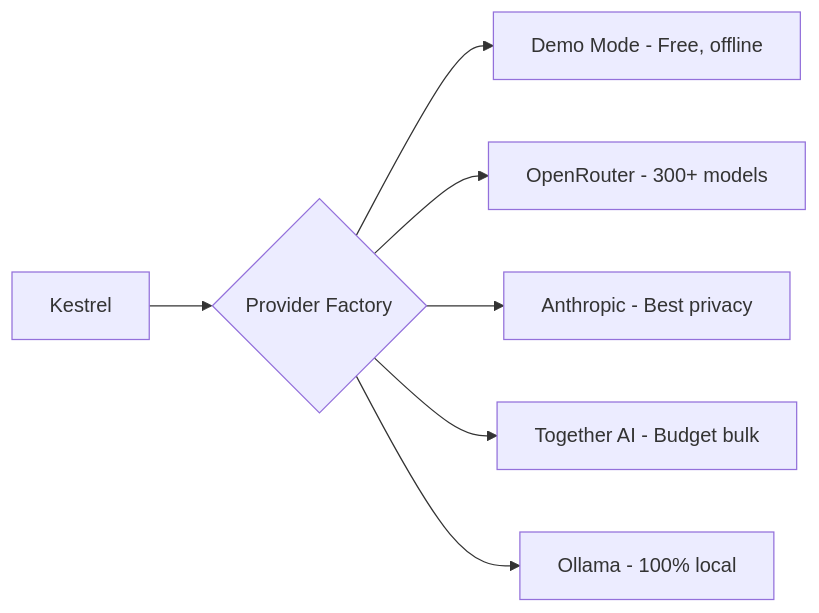
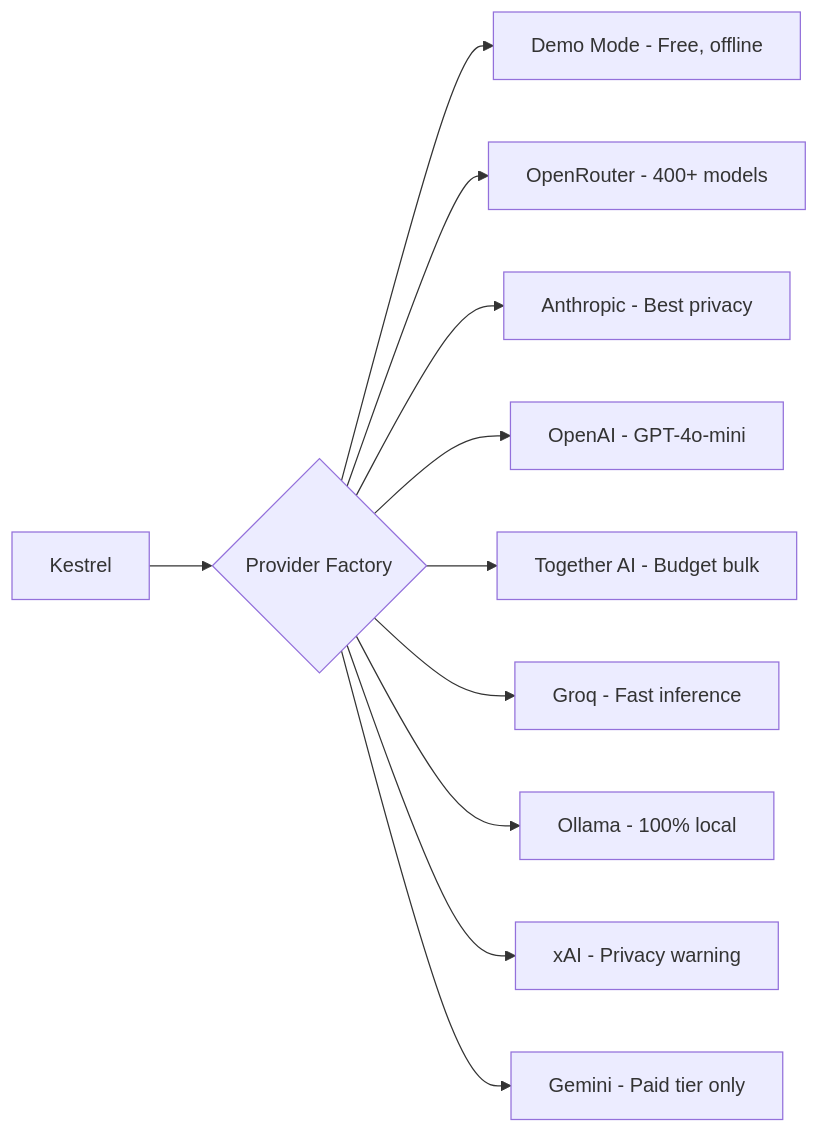
The diagram in docs/guides/ai-providers-guide.md (pleasedodisturb/kestrel), drawn with Mermaid before and after one commit. The commit also changed other lines of this file and 1 other file, not shown here.

````diff
--- a/docs/guides/ai-providers-guide.md
+++ b/docs/guides/ai-providers-guide.md
@@ -29,9 +33,13 @@
 ```mermaid
 flowchart LR
     K[Kestrel] --> F{Provider Factory}
     F --> D[Demo Mode - Free, offline]
-    F --> OR[OpenRouter - 300+ models]
+    F --> OR[OpenRouter - 400+ models]
     F --> A[Anthropic - Best privacy]
+    F --> OA[OpenAI - GPT-4o-mini]
     F --> T[Together AI - Budget bulk]
+    F --> G[Groq - Fast inference]
     F --> O[Ollama - 100% local]
+    F --> X[xAI - Privacy warning]
+    F --> GM[Gemini - Paid tier only]
 ```
````
